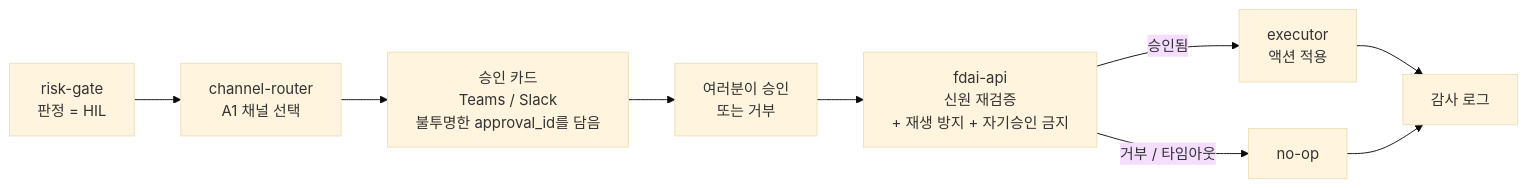
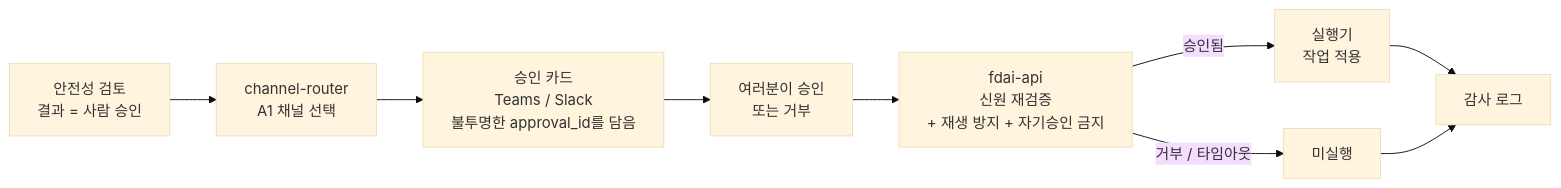
Before and after one commit to dotnetpower/fdai: the diagram in docs/user-guide/concepts/approvals-and-channels-ko.md, drawn with Mermaid (base theme). The commit also changed other lines of this file and 1 other file, not shown here.

````diff
--- a/docs/user-guide/concepts/approvals-and-channels-ko.md
+++ b/docs/user-guide/concepts/approvals-and-channels-ko.md
@@ -44,11 +44,11 @@
 ```mermaid
 flowchart LR
-  RG["risk-gate<br/>판정 = HIL"] --> R["channel-router<br/>A1 채널 선택"]
+  RG["안전성 검토<br/>결과 = 사람 승인"] --> R["channel-router<br/>A1 채널 선택"]
   R --> C["승인 카드<br/>Teams / Slack<br/>불투명한 approval_id를 담음"]
   C --> H["여러분이 승인<br/>또는 거부"]
   H --> API["fdai-api<br/>신원 재검증<br/>+ 재생 방지 + 자기승인 금지"]
-  API -->|승인됨| EX["executor<br/>액션 적용"]
-  API -->|거부 / 타임아웃| NO["no-op"]
+  API -->|승인됨| EX["실행기<br/>작업 적용"]
+  API -->|거부 / 타임아웃| NO["미실행"]
   EX --> AUD["감사 로그"]
   NO --> AUD
 ```
````
